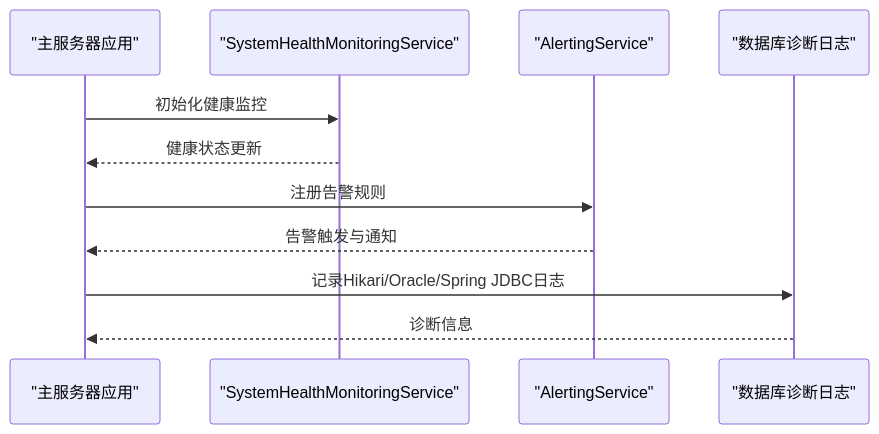
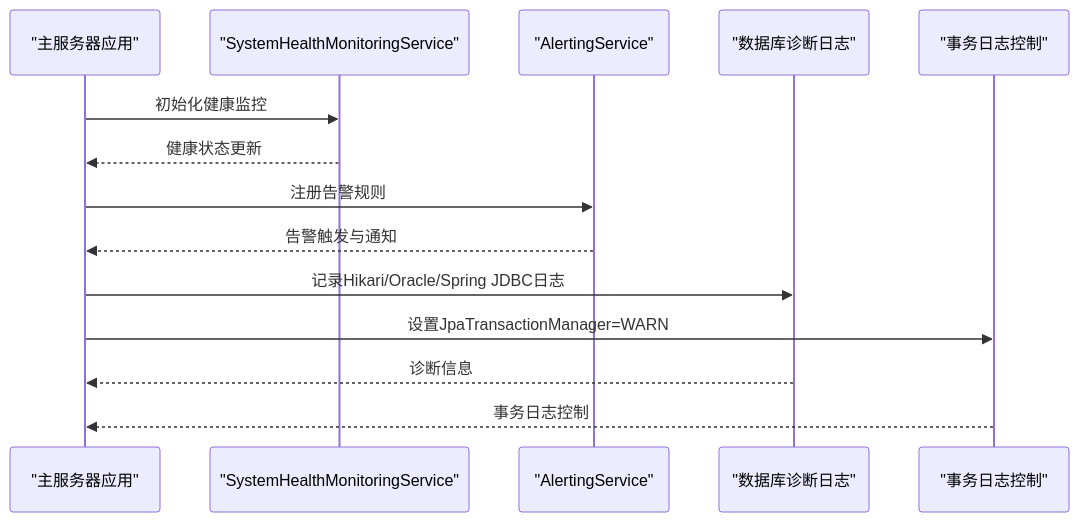
Before and after one commit to liuzh2008/med_ai_assistant_workspace: the sixth of 12 diagrams in .qoder/repowiki/zh/content/监控运维/日志管理.md, drawn with Mermaid. The commit also changed other lines of this file and 9 other files, not shown here.

````diff
--- a/.qoder/repowiki/zh/content/监控运维/日志管理.md
+++ b/.qoder/repowiki/zh/content/监控运维/日志管理.md
@@ -202,13 +221,16 @@
 ```mermaid
 sequenceDiagram
 participant App as "主服务器应用"
 participant Health as "SystemHealthMonitoringService"
 participant Alert as "AlertingService"
 participant DB as "数据库诊断日志"
+participant Tx as "事务日志控制"
 App->>Health : 初始化健康监控
 Health-->>App : 健康状态更新
 App->>Alert : 注册告警规则
 Alert-->>App : 告警触发与通知
 App->>DB : 记录Hikari/Oracle/Spring JDBC日志
+App->>Tx : 设置JpaTransactionManager=WARN
 DB-->>App : 诊断信息
+Tx-->>App : 事务日志控制
 ```
````
